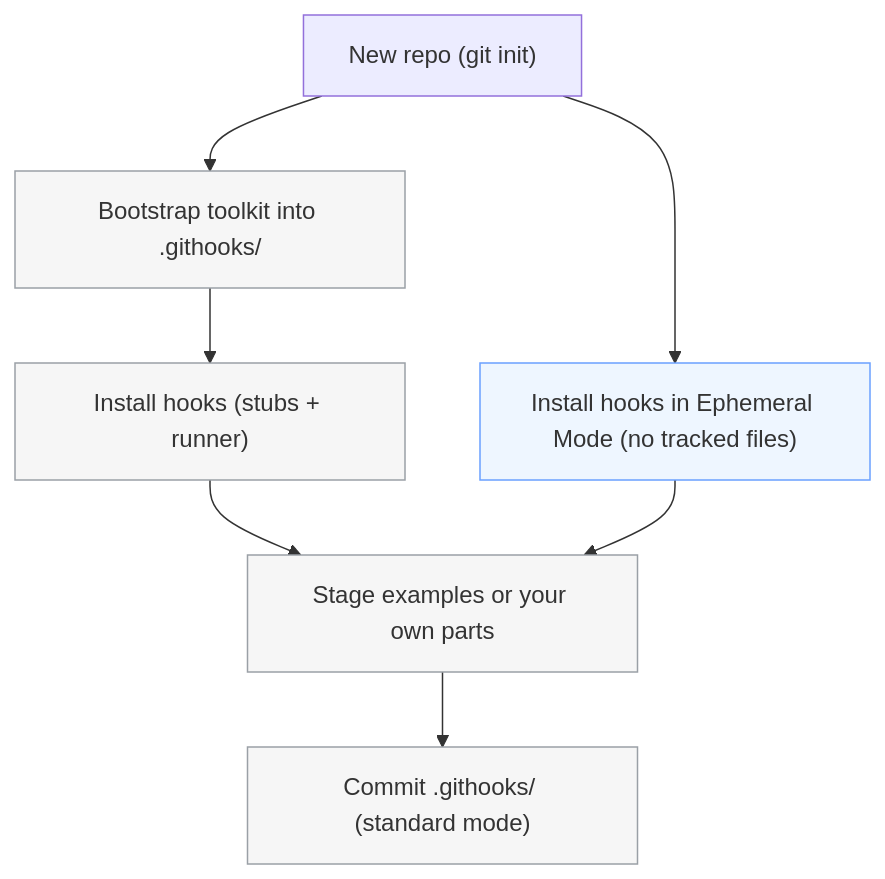
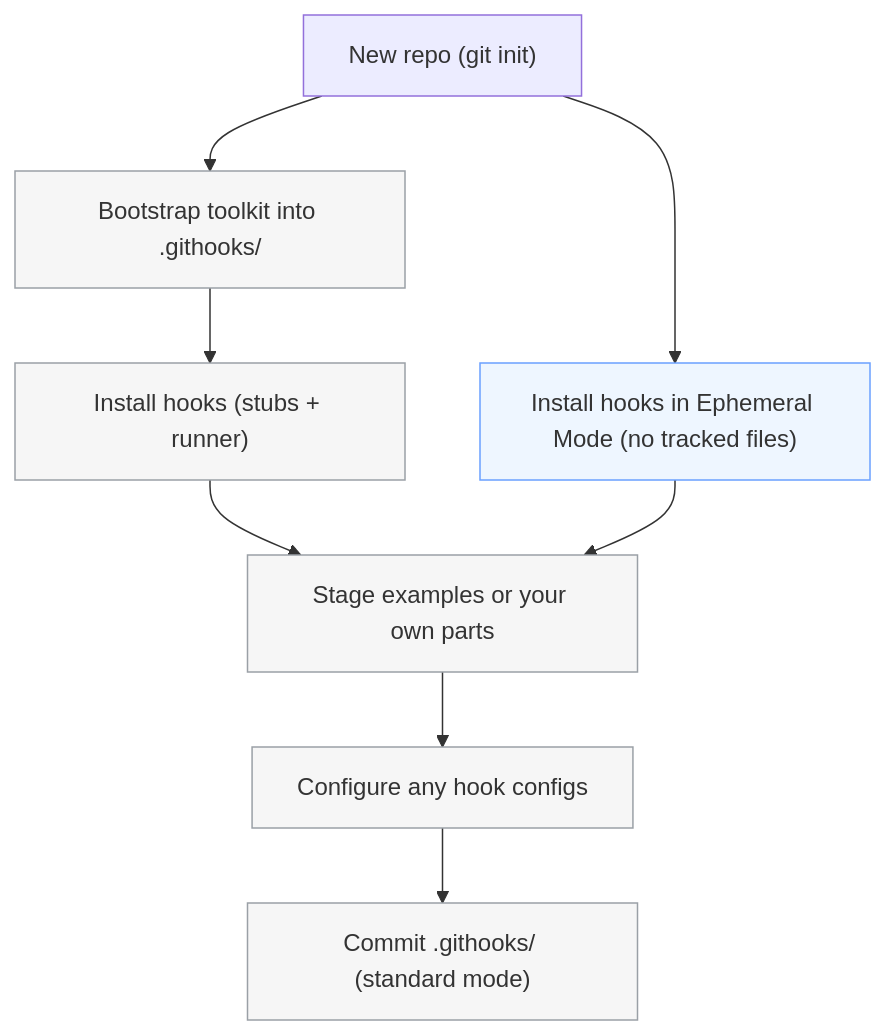
The second of 3 diagrams in README.md (DevGuyRash/git-hooks-runner-toolkit), drawn with Mermaid before and after one commit. The commit also changed other lines of this file, not shown here.

Commit message:
docs(readme): clarify flow and update usage

````diff
--- a/README.md
+++ b/README.md
@@ -66,15 +69,16 @@
 ```mermaid
 flowchart TD
   A["New repo (git init)"] --> B["Bootstrap toolkit into .githooks/"]
   B --> C["Install hooks (stubs + runner)"]
   C --> D["Stage examples or your own parts"]
-  D --> E["Commit .githooks/ (standard mode)"]
+  D --> G["Configure any hook configs"]
+  G --> E["Commit .githooks/ (standard mode)"]
 
   A --> F["Install hooks in Ephemeral Mode (no tracked files)"]
   F --> D
 
   classDef standard fill:#f6f6f6,stroke:#9aa0a6,stroke-width:1px
   classDef ephemeral fill:#eef6ff,stroke:#6aa0ff,stroke-width:1px
-  class B,C,D,E standard
+  class B,C,D,G,E standard
   class F ephemeral
 ```
````
